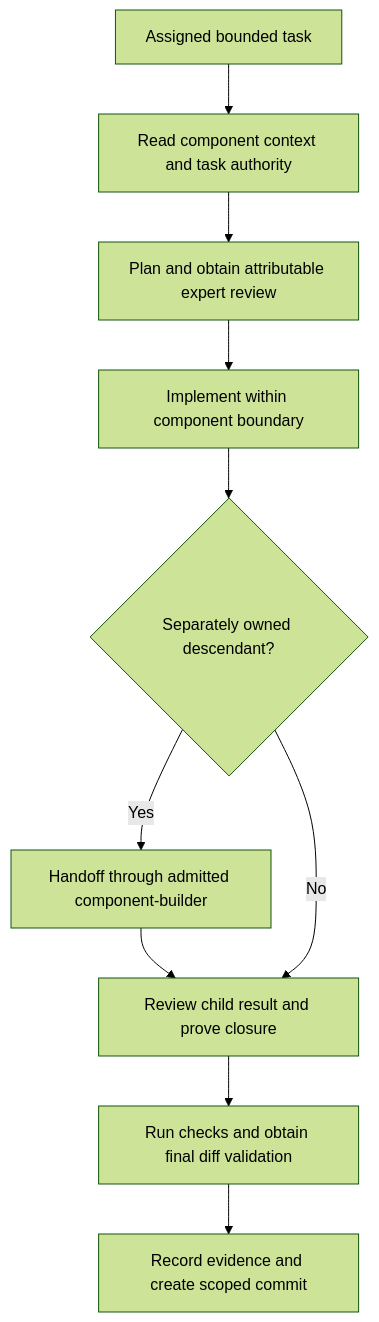
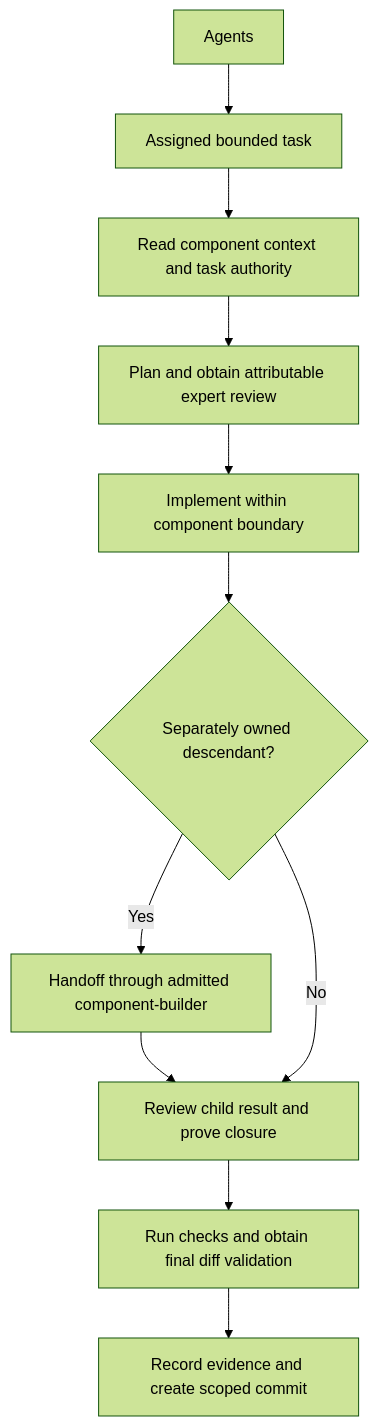
One commit to abstract-business-systems/as-is changed the diagram in agents/component-builder/as-is.md. Above: the diagram before and after it, drawn with Mermaid (forest theme). The commit also changed other lines of this file and 16 other files, not shown here.

Commit message:
docs(skills): add parent navigation to component records

````diff
--- a/agents/component-builder/as-is.md
+++ b/agents/component-builder/as-is.md
@@ -21,12 +21,15 @@
 ```mermaid
 flowchart TD
-    A["Assigned bounded task"] --> B["Read component context and task authority"]
+    Parent["Agents"] --> A["Assigned bounded task"]
+    A --> B["Read component context and task authority"]
     B --> C["Plan and obtain attributable expert review"]
     C --> D["Implement within component boundary"]
     D --> E{"Separately owned descendant?"}
     E -- "Yes" --> F["Handoff through admitted component-builder"]
     F --> G["Review child result and prove closure"]
     E -- "No" --> G
     G --> H["Run checks and obtain final diff validation"]
     H --> I["Record evidence and create scoped commit"]
+
+    click Parent href "../as-is.md#design" "Open Agents design"
 ```
````
